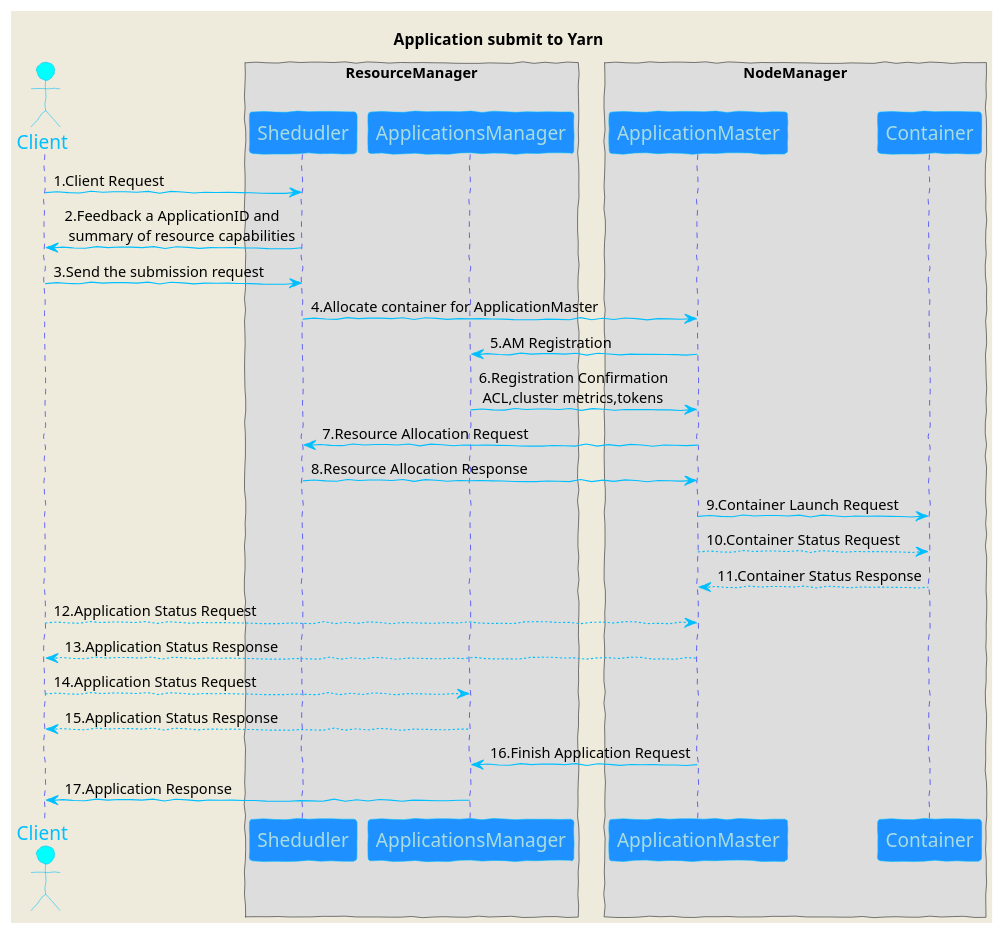
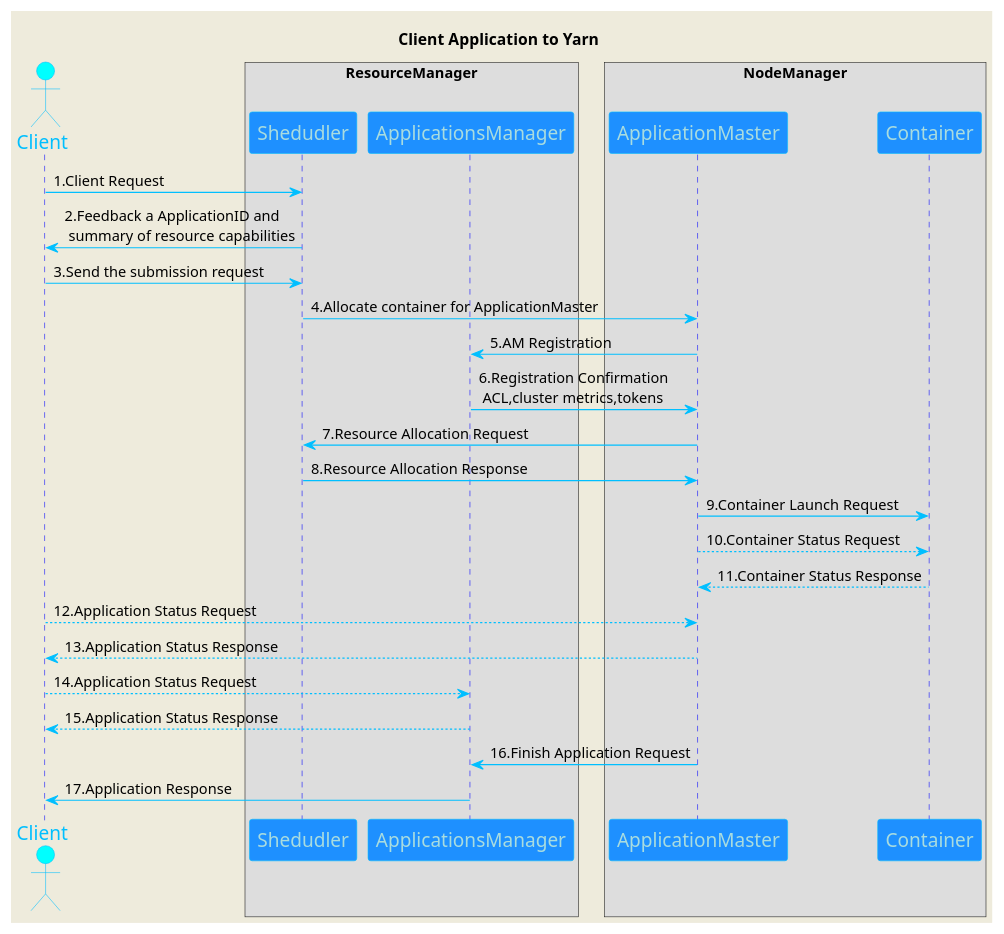
The first of 2 diagrams in org/2017-03-27-knowledge-of-yarn.org (coldvmoon/coldvmoon.github.io), drawn with PlantUML before and after one commit. The commit also changed other lines of this file and 2 other files, not shown here.

```diff
--- a/org/2017-03-27-knowledge-of-yarn.org
+++ b/org/2017-03-27-knowledge-of-yarn.org
@@ -3,49 +3,48 @@
 #+BEGIN_SRC plantuml :file ../images/orgmode-babel-sequenceuml.png  :cmdline -charset UTF-8
   skinparam backgroundColor #EEEBDC
-  skinparam handwritten true
 
   skinparam sequence {
   ArrowColor DeepSkyBlue
   ActorBorderColor DeepSkyBlue
   LifeLineBorderColor blue
   LifeLineBackgroundColor #A9DCDF
   ParticipantBorderColor DeepSkyBlue
   ParticipantBackgroundColor DodgerBlue
   ParticipantFontName Impact
   ParticipantFontSize 17
   ParticipantFontColor #A9DCDF
   ActorBackgroundColor aqua
   ActorFontColor DeepSkyBlue
   ActorFontSize 17
   ActorFontName Aapex
   }
-  title "Application submit to Yarn"
+  title "Client Application to Yarn"
   actor Client
 
   box "ResourceManager"
   participant Shedudler as S
   participant ApplicationsManager
   end box
   box "NodeManager"
   participant ApplicationMaster
   participant Container
   end box
 
   Client->S:1.Client Request
   S->Client:2.Feedback a ApplicationID and \n summary of resource capabilities
   Client->S:3.Send the submission request
   S->ApplicationMaster:4.Allocate container for ApplicationMaster
   ApplicationMaster->ApplicationsManager:5.AM Registration
   ApplicationsManager->ApplicationMaster:6.Registration Confirmation \n ACL,cluster metrics,tokens
   ApplicationMaster->S:7.Resource Allocation Request
   S->ApplicationMaster:8.Resource Allocation Response
   ApplicationMaster->Container:9.Container Launch Request
   ApplicationMaster-->Container:10.Container Status Request
   Container-->ApplicationMaster:11.Container Status Response
   Client-->ApplicationMaster:12.Application Status Request
   ApplicationMaster-->Client:13.Application Status Response
   Client-->ApplicationsManager:14.Application Status Request
   ApplicationsManager-->Client:15.Application Status Response
   ApplicationMaster->ApplicationsManager:16.Finish Application Request
   ApplicationsManager->Client:17.Application Response
 #+END_SRC
```
